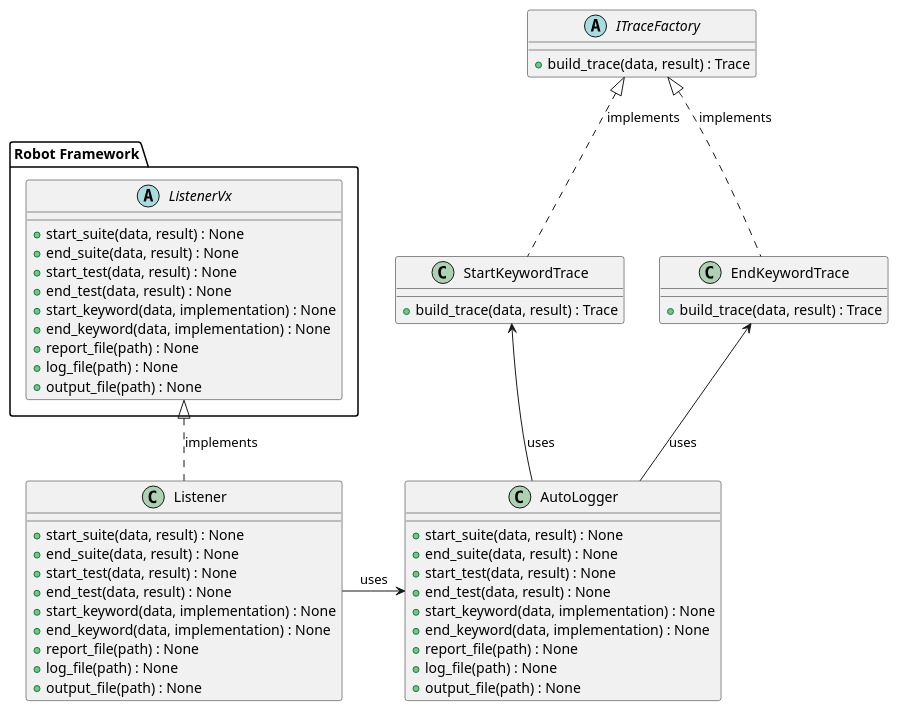
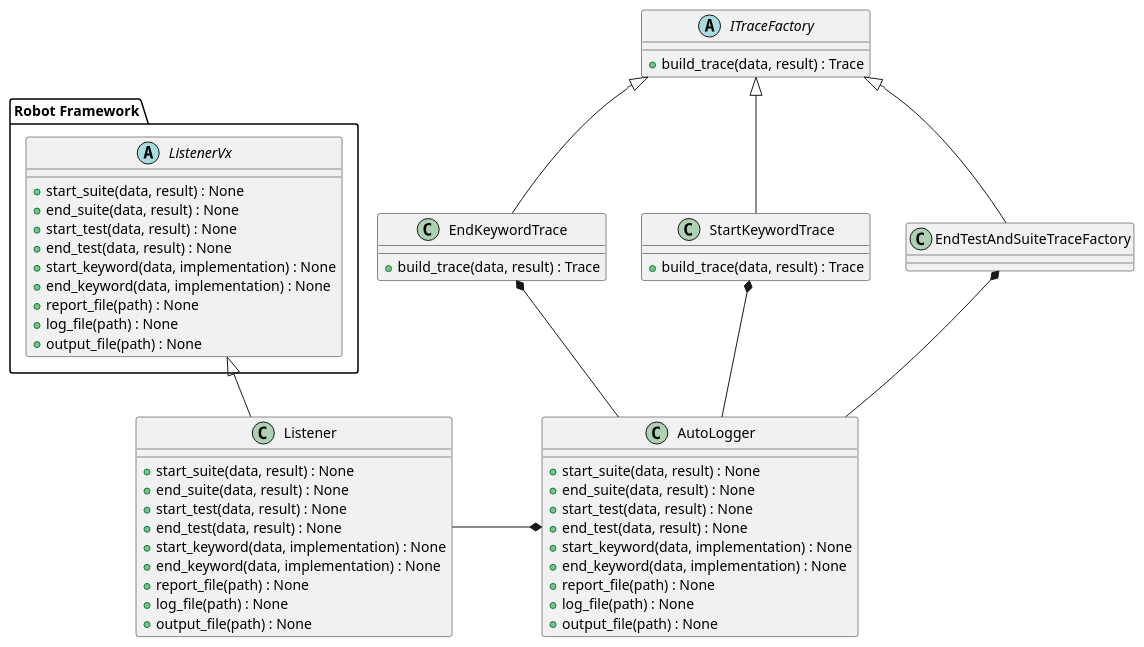
Before and after one commit to eduvfalc/robot-autologger: the diagram in docs/class_diagram.puml, drawn with PlantUML. The commit also changed 1 other file, not shown here.

Commit message:
Fix dict attribute name and update class diagram

```diff
--- a/docs/class_diagram.puml
+++ b/docs/class_diagram.puml
@@ -1,60 +1,62 @@
 @startuml Robot Autologger Class Diagram
 
 package "Robot Framework" {
     abstract ListenerVx {
         + start_suite(data, result) : None
         + end_suite(data, result) : None
         + start_test(data, result) : None
         + end_test(data, result) : None
         + start_keyword(data, implementation) : None
         + end_keyword(data, implementation) : None
         + report_file(path) : None
         + log_file(path) : None
         + output_file(path) : None
     }
 }
 
 class Listener {
     + start_suite(data, result) : None
     + end_suite(data, result) : None
     + start_test(data, result) : None
     + end_test(data, result) : None
     + start_keyword(data, implementation) : None
     + end_keyword(data, implementation) : None
     + report_file(path) : None
     + log_file(path) : None
     + output_file(path) : None
 }
 
 class AutoLogger {
     + start_suite(data, result) : None
     + end_suite(data, result) : None
     + start_test(data, result) : None
     + end_test(data, result) : None
     + start_keyword(data, implementation) : None
     + end_keyword(data, implementation) : None
     + report_file(path) : None
     + log_file(path) : None
     + output_file(path) : None
 }
 
 abstract ITraceFactory {
     + build_trace(data, result) : Trace
 }
 
 class StartKeywordTrace {
     + build_trace(data, result) : Trace
 }
 
 class EndKeywordTrace {
     + build_trace(data, result) : Trace
 }
 
-Listener .u.|> ListenerVx : implements
-Listener -r-> AutoLogger : uses
-StartKeywordTrace .u.|> ITraceFactory : implements
-EndKeywordTrace .u.|> ITraceFactory : implements
-AutoLogger -u-> StartKeywordTrace : uses
-AutoLogger -u-> EndKeywordTrace : uses
+Listener -u-|> ListenerVx
+Listener -r-* AutoLogger
+StartKeywordTrace -u-|> ITraceFactory
+EndKeywordTrace -u-|> ITraceFactory
+EndTestAndSuiteTraceFactory -u-|> ITraceFactory
+AutoLogger -u-* StartKeywordTrace
+AutoLogger -u-* EndKeywordTrace
+AutoLogger -u-* EndTestAndSuiteTraceFactory
 
 @enduml
```
